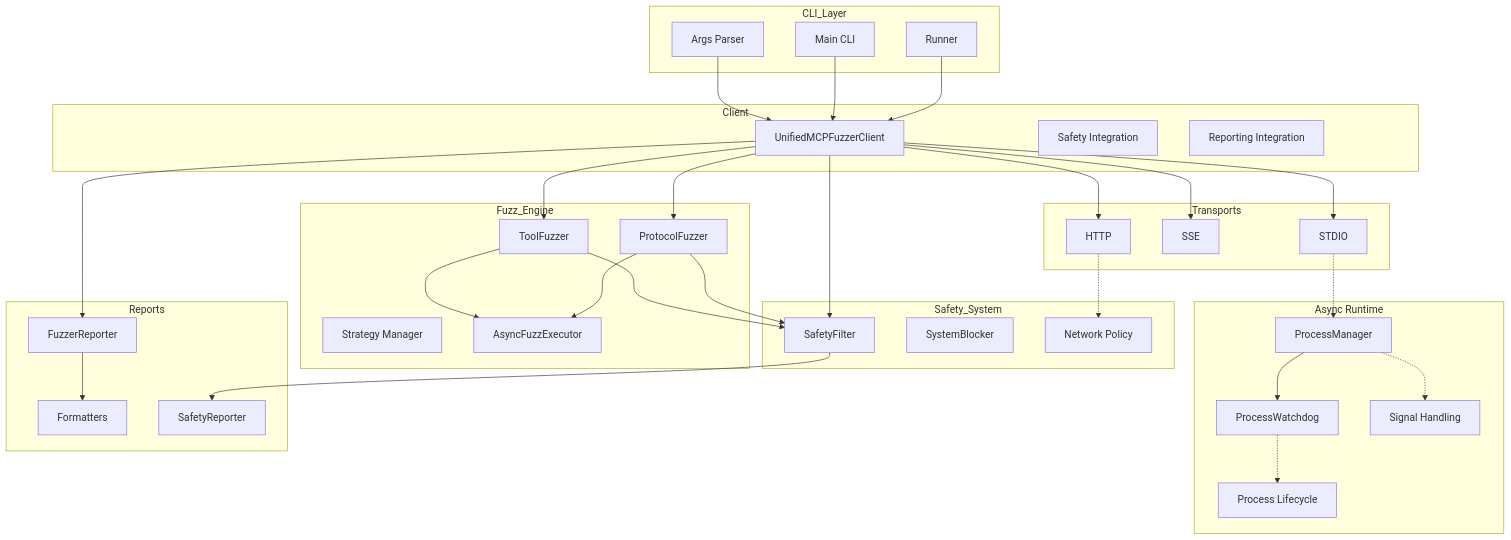
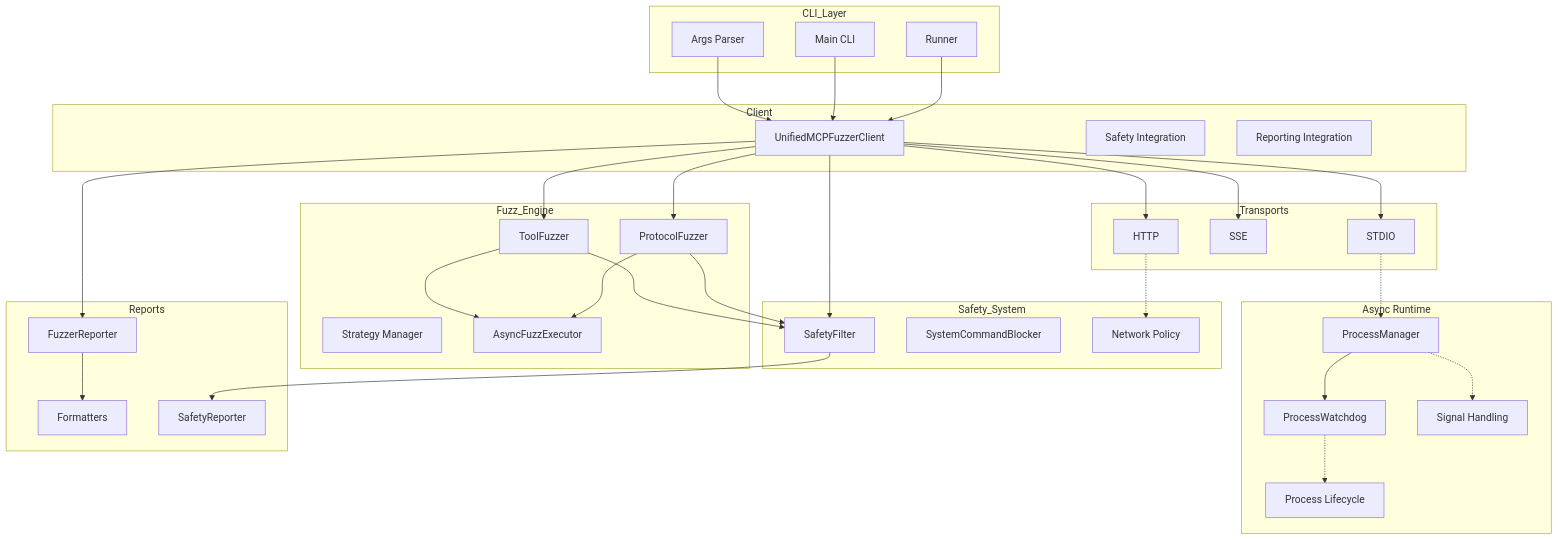
The first of 8 diagrams in docs/architecture/architecture.md (Agent-Hellboy/mcp-server-fuzzer), drawn with Mermaid before and after one commit. The commit also changed other lines of this file and 9 other files, not shown here.

````diff
--- a/docs/architecture/architecture.md
+++ b/docs/architecture/architecture.md
@@ -18,72 +18,72 @@
 ```mermaid
 flowchart TB
   subgraph CLI_Layer
     A1[Args Parser]
     A2[Main CLI]
     A3[Runner]
   end
 
   subgraph Client
     B1[UnifiedMCPFuzzerClient]
     B2[Safety Integration]
     B3[Reporting Integration]
   end
 
   subgraph Transports
     C1[HTTP]
     C2[SSE]
     C3[STDIO]
   end
 
   subgraph Fuzz_Engine
     D1[ToolFuzzer]
     D2[ProtocolFuzzer]
     D3[Strategy Manager]
     D4[AsyncFuzzExecutor]
   end
 
   subgraph Runtime[Async Runtime]
     R1[ProcessManager]
     R2[ProcessWatchdog]
     R3[Process Lifecycle]
     R4[Signal Handling]
   end
 
   subgraph Safety_System
     E1[SafetyFilter]
-    E2[SystemBlocker]
+    E2[SystemCommandBlocker]
     E3[Network Policy]
   end
 
   subgraph Reports
     F1[FuzzerReporter]
     F2[Formatters]
     F3[SafetyReporter]
   end
 
   A1 --> B1
   A2 --> B1
   A3 --> B1
 
   B1 --> C1
   B1 --> C2
   B1 --> C3
   B1 --> D1
   B1 --> D2
   B1 --> F1
 
   D1 --> E1
   D2 --> E1
   D1 --> D4
   D2 --> D4
 
   C3 -.-> R1
   R1 --> R2
   R2 -.-> R3
   R1 -.-> R4
 
   B1 --> E1
   E1 --> F3
   F1 --> F2
   C1 -.-> E3
 ```
````
